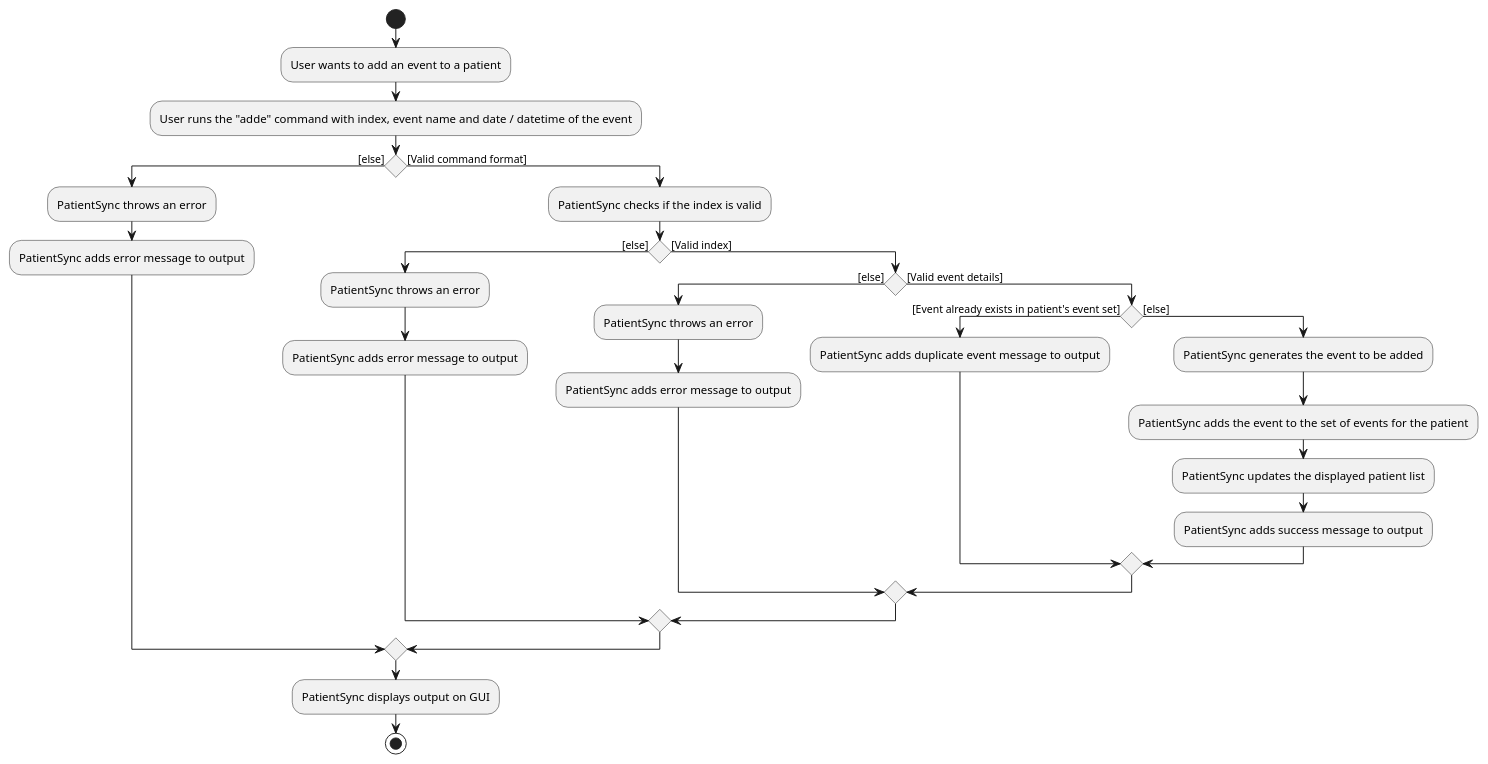
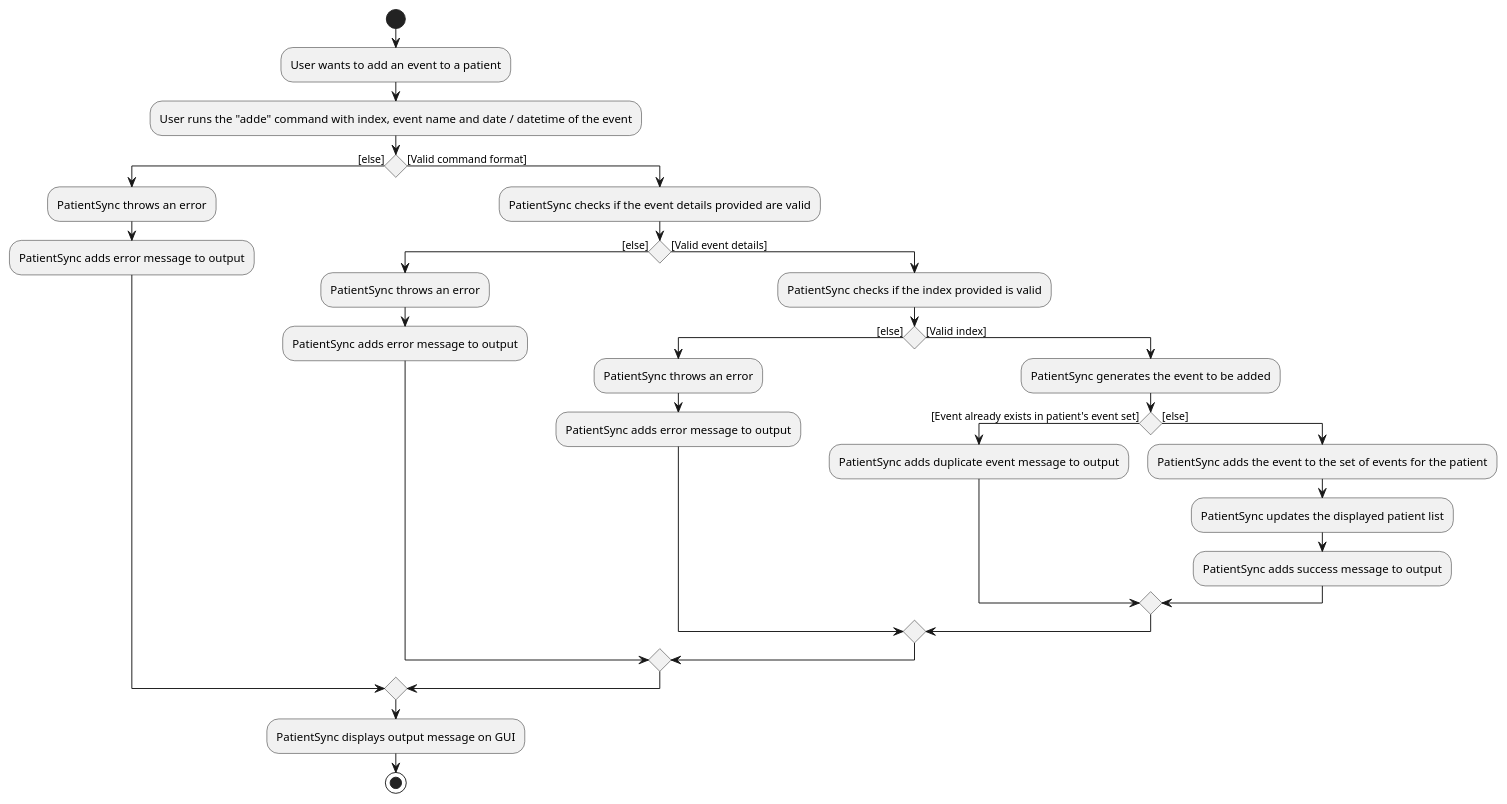
Before and after one commit to NeoHW/tp: the diagram in diagrams/AddEventActivityDiagram.puml, drawn with PlantUML. The commit also changed 40 other files, not shown here.

```diff
--- a/diagrams/AddEventActivityDiagram.puml
+++ b/diagrams/AddEventActivityDiagram.puml
@@ -1,31 +1,32 @@
 @startuml
 start
 :User wants to add an event to a patient;
 :User runs the "adde" command with index, event name and date / datetime of the event;
 if () then ([else])
     :PatientSync throws an error;
     :PatientSync adds error message to output;
 else ([Valid command format])
-    :PatientSync checks if the index is valid;
+    :PatientSync checks if the event details provided are valid;
     if () then ([else])
         :PatientSync throws an error;
         :PatientSync adds error message to output;
-    else ([Valid index])
+    else ([Valid event details])
+        :PatientSync checks if the index provided is valid;
         if () then ([else])
             :PatientSync throws an error;
             :PatientSync adds error message to output;
-        else ([Valid event details])
+        else ([Valid index])
+            :PatientSync generates the event to be added;
             if () then ([Event already exists in patient's event set])
                 :PatientSync adds duplicate event message to output;
             else ([else])
-                :PatientSync generates the event to be added;
                 :PatientSync adds the event to the set of events for the patient;
                 :PatientSync updates the displayed patient list;
                 :PatientSync adds success message to output;
             endif
         endif
     endif
 endif
-:PatientSync displays output on GUI;
+:PatientSync displays output message on GUI;
 stop
 @enduml
```
